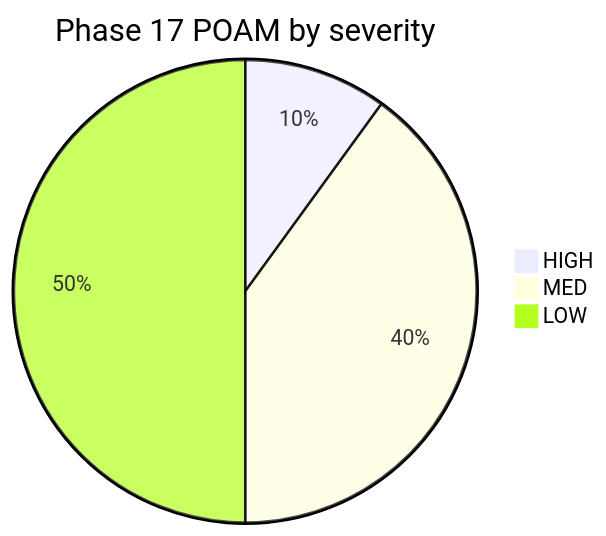
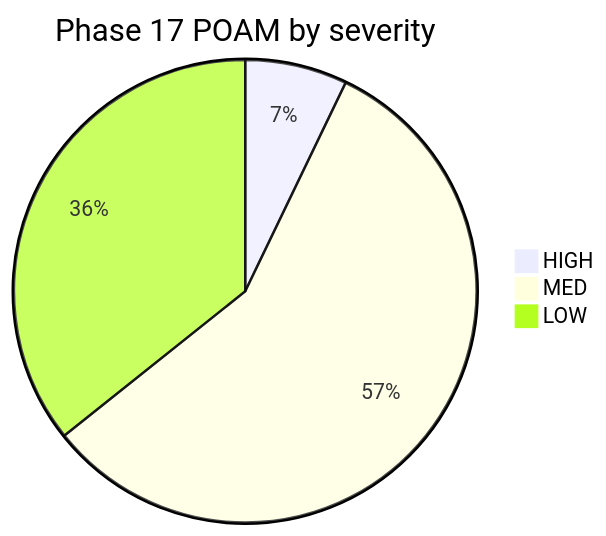
The diagram in docs/grc/POAM_PLAN_OF_ACTION.md (ET-sec/cyber-squire1), drawn with Mermaid before and after one commit. The commit also changed other lines of this file, not shown here.

First line of the commit message:
feat(17-14): POAM append P17-11 through P17-14 from threat model MED residuals

````diff
--- a/docs/grc/POAM_PLAN_OF_ACTION.md
+++ b/docs/grc/POAM_PLAN_OF_ACTION.md
@@ -561,6 +565,6 @@
 ```mermaid
 pie title Phase 17 POAM by severity
     "HIGH" : 1
-    "MED" : 4
+    "MED" : 8
     "LOW" : 5
 ```
````
